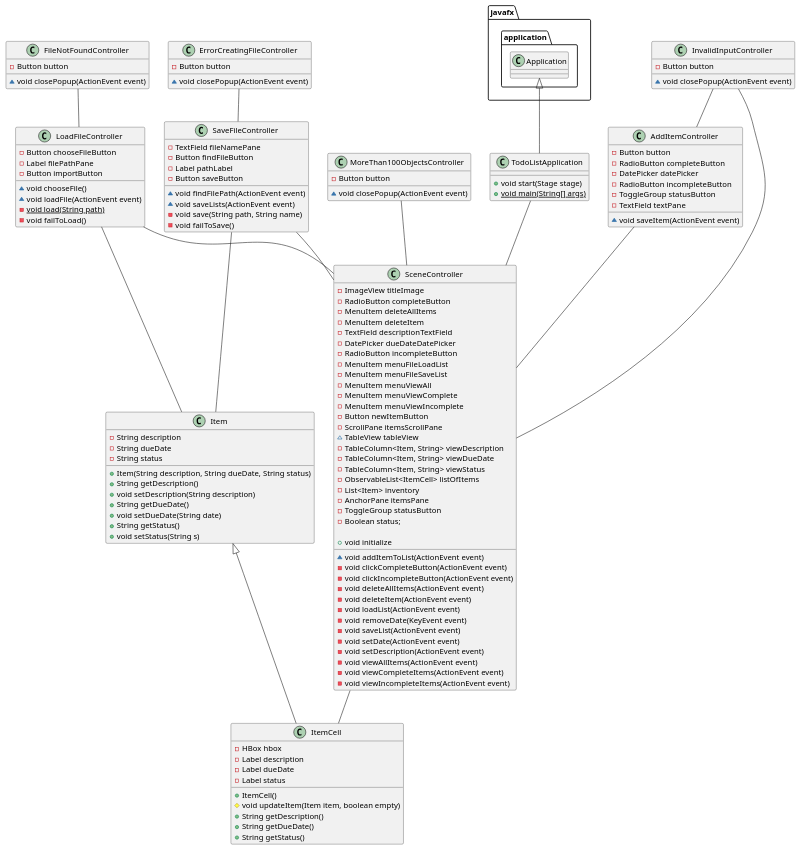
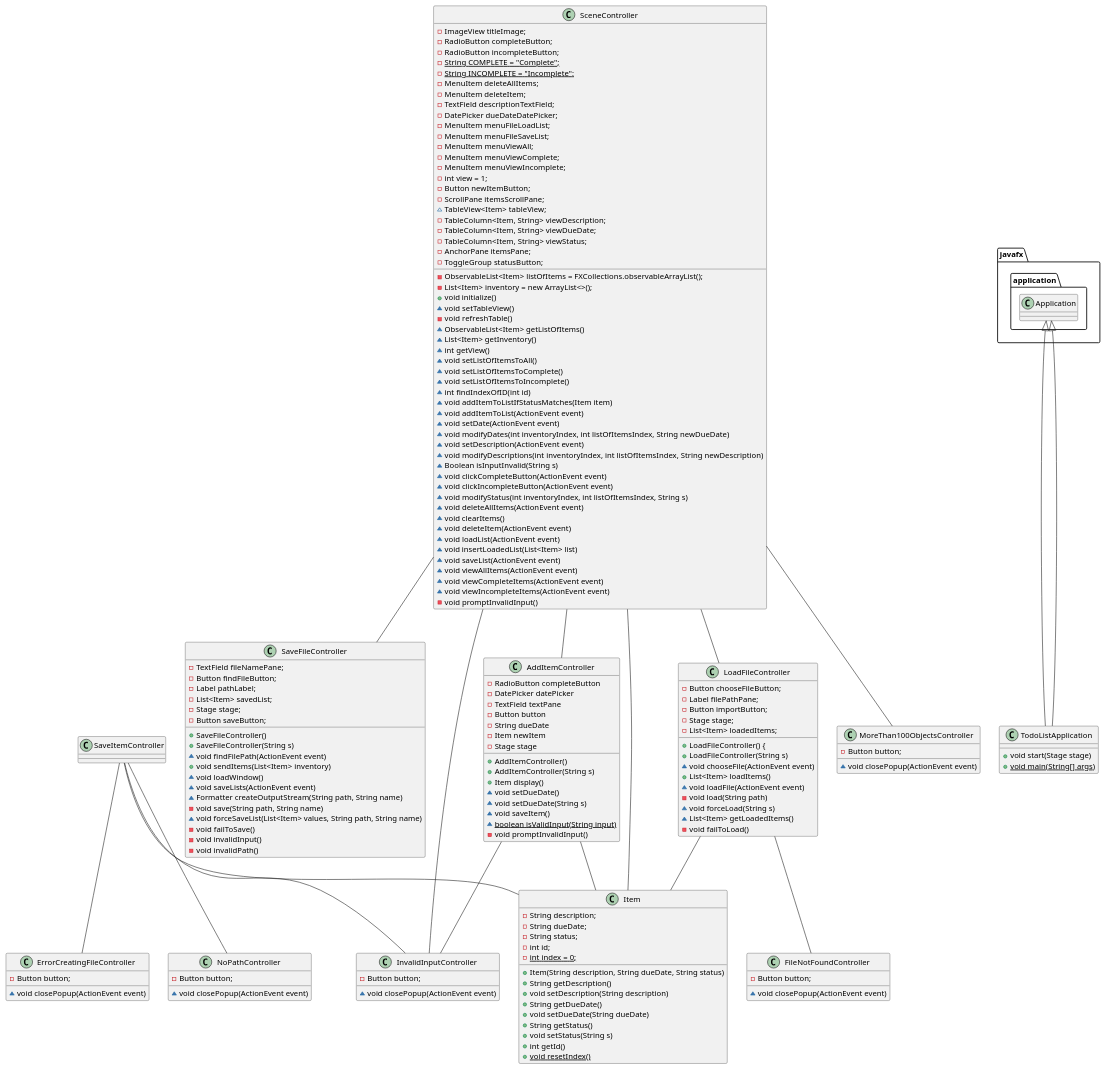
Before and after one commit to jkglaspey/Too-Due_List: the diagram in docs/ApplicationUMLDiagram.puml, drawn with PlantUML. The commit also changed 12 other files, not shown here.

Commit message:
Implementation for JUnit testing and PlantUML diagram

```diff
--- a/docs/ApplicationUMLDiagram.puml
+++ b/docs/ApplicationUMLDiagram.puml
@@ -1,161 +1,191 @@
 @startuml
 
-'Initiates the GUI
-class TodoListApplication {
+class ErrorCreatingFileController {
+    -Button button;
 
-'Class only has local variables
-
-'@Override
-+void start(Stage stage)
-+ {static} void main(String[] args)
+    ~void closePopup(ActionEvent event)
 }
 
-'Stores event data
-class Item {
--String description
--String dueDate
--String status
+class FileNotFoundController {
+    -Button button;
 
-'Data is only added through mutator methods
-+Item(String description, String dueDate, String status)
-+String getDescription()
-+void setDescription(String description)
-+String getDueDate()
-+void setDueDate(String date)
-+String getStatus()
-+void setStatus(String s)
+    ~void closePopup(ActionEvent event)
 }
 
-'Formats Items to be viewed from GUI
-class ItemCell {
--HBox hbox
--Label description
--Label dueDate
--Label status
+class InvalidInputController {
+    -Button button;
 
-+ItemCell()
-'@Override
-#void updateItem(Item item, boolean empty)
-+String getDescription()
-+String getDueDate()
-+String getStatus()
+    ~void closePopup(ActionEvent event)
 }
 
-'Alerts user that input must be 1 <= x <= 100 characters
-class InvalidInputController {
--Button button
-~void closePopup(ActionEvent event)
+class MoreThan100ObjectsController {
+    -Button button;
+
+    ~void closePopup(ActionEvent event)
 }
 
-'Alerts user that file could not be created
-class ErrorCreatingFileController {
--Button button
-~void closePopup(ActionEvent event)
-}
+class NoPathController {
+    -Button button;
 
-'Alerts user that the file path does not exist
-class FileNotFoundController {
--Button button
-~void closePopup(ActionEvent event)
-}
-
-'Allows user to load in previously-saved lists
-class LoadFileController {
--Button chooseFileButton
--Label filePathPane
--Button importButton
-
-~void chooseFile()
-~void loadFile(ActionEvent event)
--{static} void load(String path)
--void failToLoad()
-}
-
-'Alerts user that there cannot be > 256 of an object
-class MoreThan100ObjectsController {
--Button button
-
-~void closePopup(ActionEvent event)
-}
-
-'Allows user to save lists to file
-class SaveFileController {
--TextField fileNamePane
--Button findFileButton
--Label pathLabel
--Button saveButton
-
-~void findFilePath(ActionEvent event)
-~void saveLists(ActionEvent event)
--void save(String path, String name)
--void failToSave()
+    ~void closePopup(ActionEvent event)
 }
 
 class AddItemController {
--Button button
--RadioButton completeButton
--DatePicker datePicker
--RadioButton incompleteButton
--ToggleGroup statusButton
--TextField textPane
-~void saveItem(ActionEvent event)
+    -RadioButton completeButton
+    -DatePicker datePicker
+    -TextField textPane
+    -Button button
+    -String dueDate
+    -Item newItem
+    -Stage stage
+
+    +AddItemController()
+    +AddItemController(String s)
+    +Item display()
+    ~void setDueDate()
+    ~void setDueDate(String s)
+    ~void saveItem()
+    ~{static} boolean isValidInput(String input)
+    -void promptInvalidInput()
 }
 
-'Controls the main GUI
-class SceneController {
--ImageView titleImage
--RadioButton completeButton
--MenuItem deleteAllItems
--MenuItem deleteItem
--TextField descriptionTextField
--DatePicker dueDateDatePicker
--RadioButton incompleteButton
--MenuItem menuFileLoadList
--MenuItem menuFileSaveList
--MenuItem menuViewAll
--MenuItem menuViewComplete
--MenuItem menuViewIncomplete
--Button newItemButton
--ScrollPane itemsScrollPane
-~TableView tableView
--TableColumn<Item, String> viewDescription
--TableColumn<Item, String> viewDueDate
--TableColumn<Item, String> viewStatus
--ObservableList<ItemCell> listOfItems
--List<Item> inventory
--AnchorPane itemsPane
--ToggleGroup statusButton
--Boolean status;
+class Item {
+    -String description;
+    -String dueDate;
+    -String status;
+    -int id;
+    -{static} int index = 0;
 
-+void initialize
-~void addItemToList(ActionEvent event)
--void clickCompleteButton(ActionEvent event)
--void clickIncompleteButton(ActionEvent event)
--void deleteAllItems(ActionEvent event)
--void deleteItem(ActionEvent event)
--void loadList(ActionEvent event)
--void removeDate(KeyEvent event)
--void saveList(ActionEvent event)
--void setDate(ActionEvent event)
--void setDescription(ActionEvent event)
--void viewAllItems(ActionEvent event)
--void viewCompleteItems(ActionEvent event)
--void viewIncompleteItems(ActionEvent event)
+    +Item(String description, String dueDate, String status)
+    +String getDescription()
+    +void setDescription(String description)
+    +String getDueDate()
+    +void setDueDate(String dueDate)
+    +String getStatus()
+    +void setStatus(String s)
+    +int getId()
+    +{static} void resetIndex()
 }
 
+class LoadFileController {
+    -Button chooseFileButton;
+    -Label filePathPane;
+    -Button importButton;
+    -Stage stage;
+    -List<Item> loadedItems;
+
+    +LoadFileController() {
+    +LoadFileController(String s)
+    ~void chooseFile(ActionEvent event)
+    +List<Item> loadItems()
+    ~void loadFile(ActionEvent event)
+    -void load(String path)
+    ~void forceLoad(String s)
+    ~List<Item> getLoadedItems()
+    -void failToLoad()
+}
+
+class SaveFileController {
+    -TextField fileNamePane;
+    -Button findFileButton;
+    -Label pathLabel;
+    -List<Item> savedList;
+    -Stage stage;
+    -Button saveButton;
+
+    +SaveFileController()
+    +SaveFileController(String s)
+    ~void findFilePath(ActionEvent event)
+    +void sendItems(List<Item> inventory)
+    ~void loadWindow()
+    ~void saveLists(ActionEvent event)
+    ~Formatter createOutputStream(String path, String name)
+    -void save(String path, String name)
+    ~void forceSaveList(List<Item> values, String path, String name)
+    -void failToSave()
+    -void invalidInput()
+    -void invalidPath()
+}
+
+class TodoListApplication extends javafx.application.Application {
+    +void start(Stage stage)
+    +{static} void main(String[] args)
+}
+
+class SceneController {
+-ImageView titleImage;
+-RadioButton completeButton;
+-RadioButton incompleteButton;
+-{static} String COMPLETE = "Complete";
+-{static} String INCOMPLETE = "Incomplete";
+-MenuItem deleteAllItems;
+-MenuItem deleteItem;
+-TextField descriptionTextField;
+-DatePicker dueDateDatePicker;
+-MenuItem menuFileLoadList;
+-MenuItem menuFileSaveList;
+-MenuItem menuViewAll;
+-MenuItem menuViewComplete;
+-MenuItem menuViewIncomplete;
+-int view = 1;
+-Button newItemButton;
+-ScrollPane itemsScrollPane;
+~TableView<Item> tableView;
+-TableColumn<Item, String> viewDescription;
+-TableColumn<Item, String> viewDueDate;
+-TableColumn<Item, String> viewStatus;
+-ObservableList<Item> listOfItems = FXCollections.observableArrayList();
+-List<Item> inventory = new ArrayList<>();
+-AnchorPane itemsPane;
+-ToggleGroup statusButton;
+
++void initialize()
+~void setTableView()
+-void refreshTable()
+~ObservableList<Item> getListOfItems()
+~List<Item> getInventory()
+~int getView()
+~void setListOfItemsToAll()
+~void setListOfItemsToComplete()
+~void setListOfItemsToIncomplete()
+~int findIndexOfID(int id)
+~void addItemToListIfStatusMatches(Item item)
+~void addItemToList(ActionEvent event)
+~void setDate(ActionEvent event)
+~void modifyDates(int inventoryIndex, int listOfItemsIndex, String newDueDate)
+~void setDescription(ActionEvent event)
+~void modifyDescriptions(int inventoryIndex, int listOfItemsIndex, String newDescription)
+~Boolean isInputInvalid(String s)
+~void clickCompleteButton(ActionEvent event)
+~void clickIncompleteButton(ActionEvent event)
+~void modifyStatus(int inventoryIndex, int listOfItemsIndex, String s)
+~void deleteAllItems(ActionEvent event)
+~void clearItems()
+~void deleteItem(ActionEvent event)
+~void loadList(ActionEvent event)
+~void insertLoadedList(List<Item> list)
+~void saveList(ActionEvent event)
+~void viewAllItems(ActionEvent event)
+~void viewCompleteItems(ActionEvent event)
+~void viewIncompleteItems(ActionEvent event)
+-void promptInvalidInput()
+}
+
+'-----------------------------------------------------------
+AddItemController -- Item
+AddItemController -- InvalidInputController
+LoadFileController -- FileNotFoundController
+LoadFileController -- Item
+SaveItemController -- Item
+SaveItemController -- ErrorCreatingFileController
+SaveItemController -- InvalidInputController
+SaveItemController -- NoPathController
 javafx.application.Application <|-- TodoListApplication
-Item <|-- ItemCell
-InvalidInputController -- SceneController
-LoadFileController -- SceneController
-LoadFileController -- Item
-MoreThan100ObjectsController -- SceneController
-SaveFileController -- SceneController
-SaveFileController -- Item
-SceneController -- ItemCell
-TodoListApplication -- SceneController
-FileNotFoundController -- LoadFileController
-ErrorCreatingFileController -- SaveFileController
-AddItemController -- SceneController
-InvalidInputController -- AddItemController
+SceneController -- Item
+SceneController -- AddItemController
+SceneController -- LoadFileController
+SceneController -- SaveFileController
+SceneController -- MoreThan100ObjectsController
+SceneController -- InvalidInputController
 
 @enduml
```
